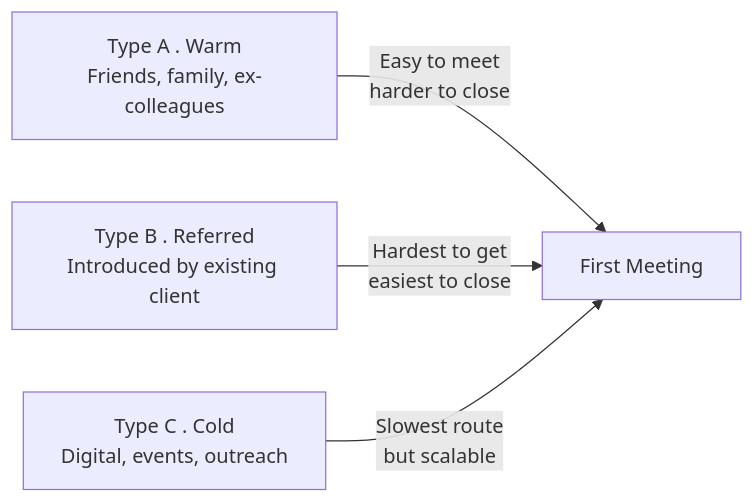
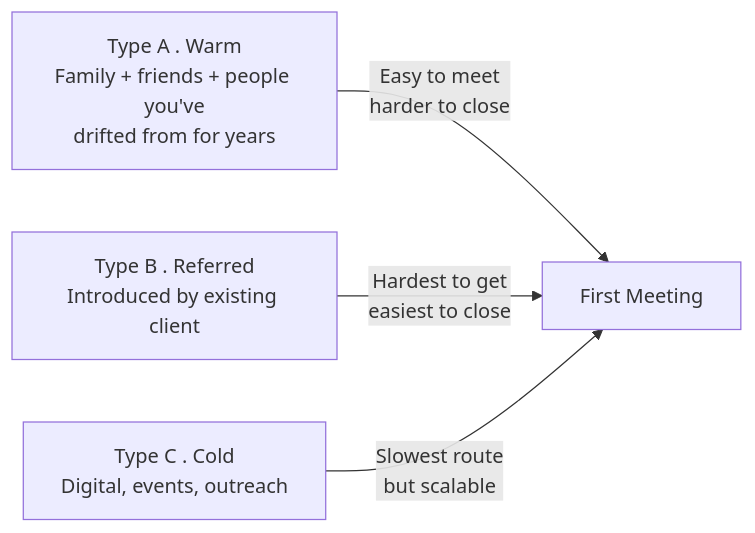
The second of 4 diagrams in docs/first-60-days/week-7/day-37.md (leotansingapore/aia-product-compass-hub), drawn with Mermaid before and after one commit. The commit also changed other lines of this file, not shown here.

Commit message:
Day 37 now teaches that warm market has 3 rings (Hot, Semi-Warm/Lukewarm, Cold), so consultants stop confining their list to family and best friends

````diff
--- a/docs/first-60-days/week-7/day-37.md
+++ b/docs/first-60-days/week-7/day-37.md
@@ -50,9 +50,9 @@
 ```mermaid
 flowchart LR
-    A["Type A . Warm<br/>Friends, family, ex-colleagues"]
+    A["Type A . Warm<br/>Family + friends + people you've<br/>drifted from for years"]
     B["Type B . Referred<br/>Introduced by existing client"]
     C["Type C . Cold<br/>Digital, events, outreach"]
     A -->|"Easy to meet<br/>harder to close"| M["First Meeting"]
     B -->|"Hardest to get<br/>easiest to close"| M
     C -->|"Slowest route<br/>but scalable"| M
 ```
````
